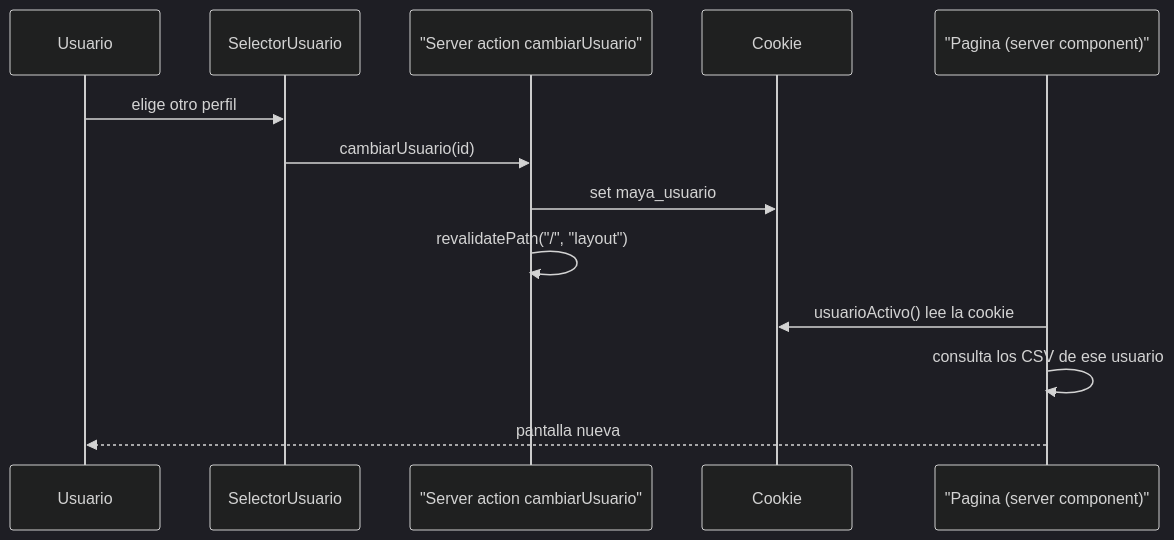
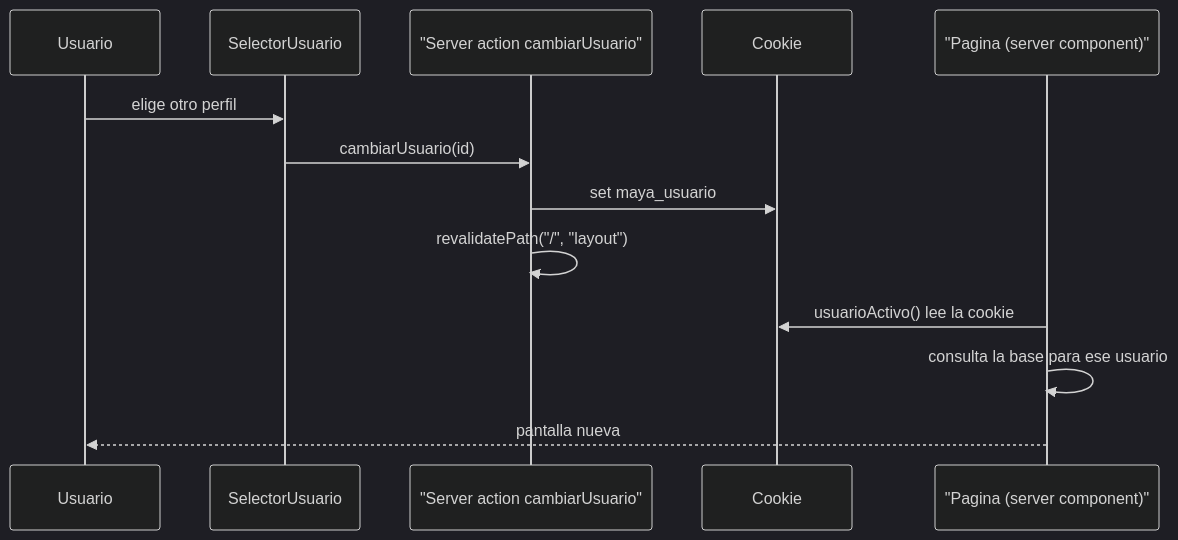
One commit to Ghekkin/Reto-Banorte-hack-mty changed the diagram in docs/como-funciona/shell-web.md. Above: the diagram before and after it, drawn with Mermaid (dark theme). The commit also changed other lines of this file and 15 other files, not shown here.

````diff
--- a/docs/como-funciona/shell-web.md
+++ b/docs/como-funciona/shell-web.md
@@ -98,15 +98,15 @@
 ```mermaid
 sequenceDiagram
     participant U as Usuario
     participant S as SelectorUsuario
     participant A as "Server action cambiarUsuario"
     participant C as Cookie
     participant P as "Pagina (server component)"
     U->>S: elige otro perfil
     S->>A: cambiarUsuario(id)
     A->>C: set maya_usuario
     A->>A: revalidatePath("/", "layout")
     P->>C: usuarioActivo() lee la cookie
-    P->>P: consulta los CSV de ese usuario
+    P->>P: consulta la base para ese usuario
     P-->>U: pantalla nueva
 ```
````
